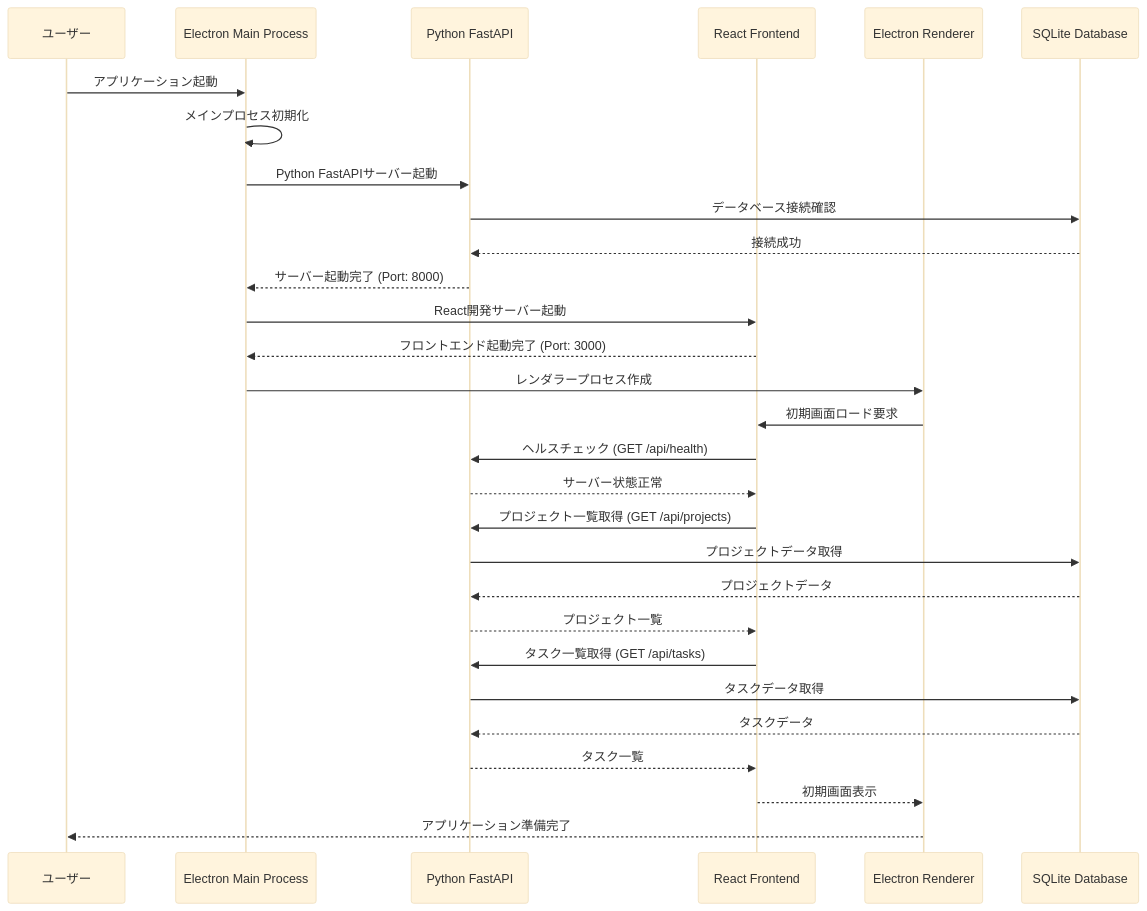
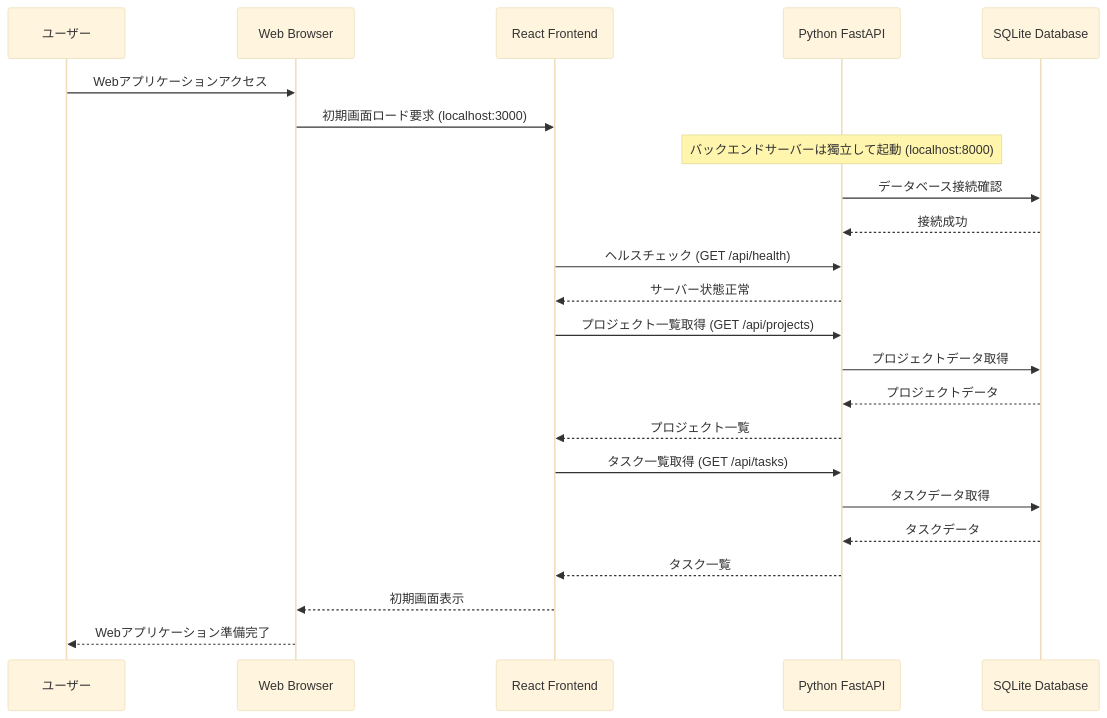
One commit to ss-engineer-CTG/todoapp_frontend changed the first of 7 diagrams in sequence-diagrams.md. Above: the diagram before and after it, drawn with Mermaid (base theme). The commit also changed other lines of this file and 2 other files, not shown here.

Commit message:
プロジェクト設定とドキュメントをWebアプリケーション仕様に更新
- package.jsonからElectron依存関係を削除
- CLAUDE.mdをWebアプリケーション開発に特化して更新
- sequence-diagrams.mdの処理フロー図を最新化

🤖 Generated with [Claude Code](https://claude.ai/code)

````diff
--- a/sequence-diagrams.md
+++ b/sequence-diagrams.md
@@ -7,37 +7,31 @@
 ```mermaid
 sequenceDiagram
     participant User as ユーザー
-    participant ElectronMain as Electron Main Process
+    participant Browser as Web Browser
+    participant Frontend as React Frontend
     participant Backend as Python FastAPI
-    participant Frontend as React Frontend
-    participant ElectronRenderer as Electron Renderer
     participant Database as SQLite Database
 
-    User->>ElectronMain: アプリケーション起動
-    ElectronMain->>ElectronMain: メインプロセス初期化
-    ElectronMain->>Backend: Python FastAPIサーバー起動
+    User->>Browser: Webアプリケーションアクセス
+    Browser->>Frontend: 初期画面ロード要求 (localhost:3000)
+    
+    Note over Backend: バックエンドサーバーは獨立して起動 (localhost:8000)
     Backend->>Database: データベース接続確認
     Database-->>Backend: 接続成功
-    Backend-->>ElectronMain: サーバー起動完了 (Port: 8000)
     
-    ElectronMain->>Frontend: React開発サーバー起動
-    Frontend-->>ElectronMain: フロントエンド起動完了 (Port: 3000)
-    
-    ElectronMain->>ElectronRenderer: レンダラープロセス作成
-    ElectronRenderer->>Frontend: 初期画面ロード要求
     Frontend->>Backend: ヘルスチェック (GET /api/health)
     Backend-->>Frontend: サーバー状態正常
     
     Frontend->>Backend: プロジェクト一覧取得 (GET /api/projects)
     Backend->>Database: プロジェクトデータ取得
     Database-->>Backend: プロジェクトデータ
     Backend-->>Frontend: プロジェクト一覧
     
     Frontend->>Backend: タスク一覧取得 (GET /api/tasks)
     Backend->>Database: タスクデータ取得
     Database-->>Backend: タスクデータ
     Backend-->>Frontend: タスク一覧
     
-    Frontend-->>ElectronRenderer: 初期画面表示
-    ElectronRenderer-->>User: アプリケーション準備完了
+    Frontend-->>Browser: 初期画面表示
+    Browser-->>User: Webアプリケーション準備完了
 ```
````
